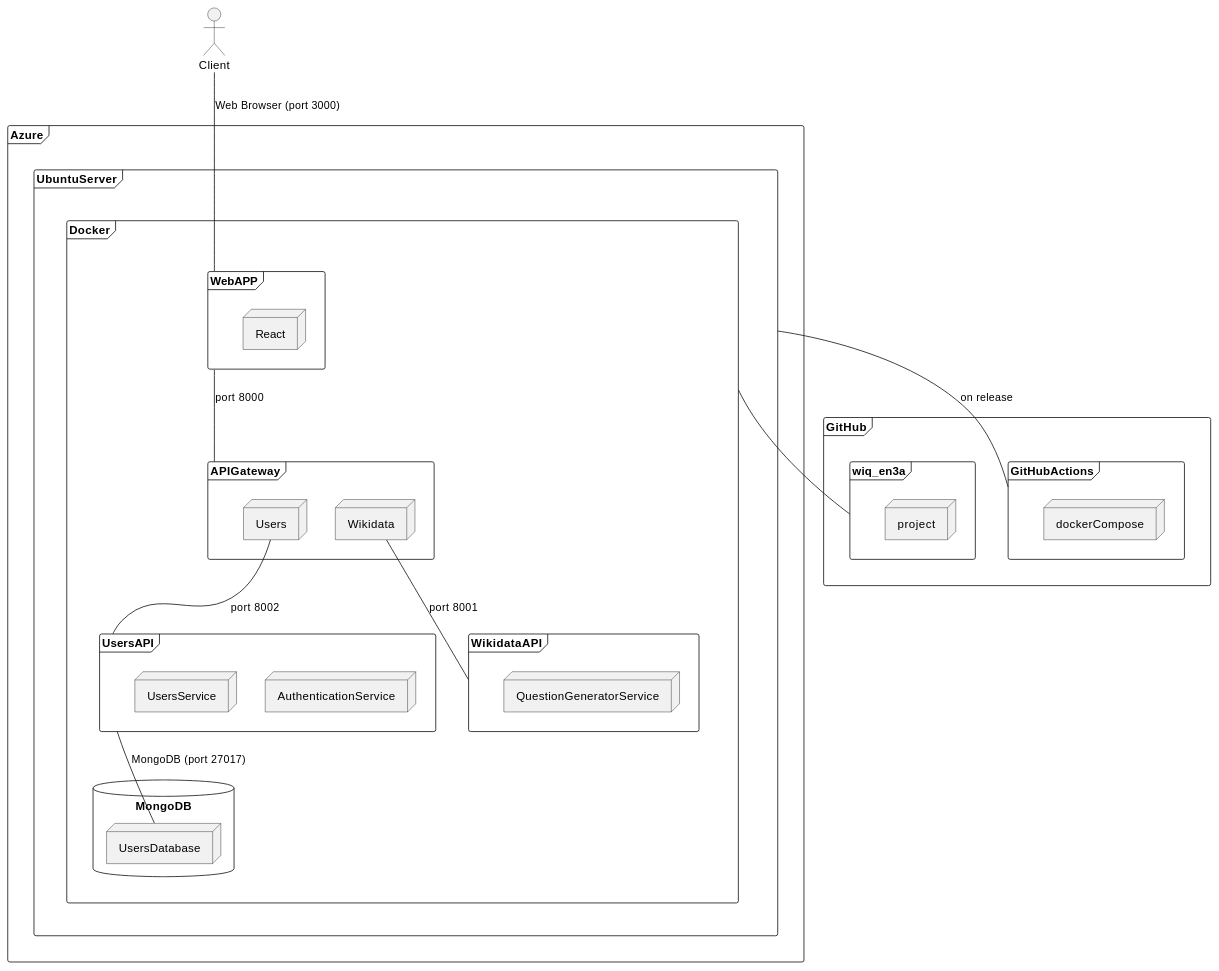
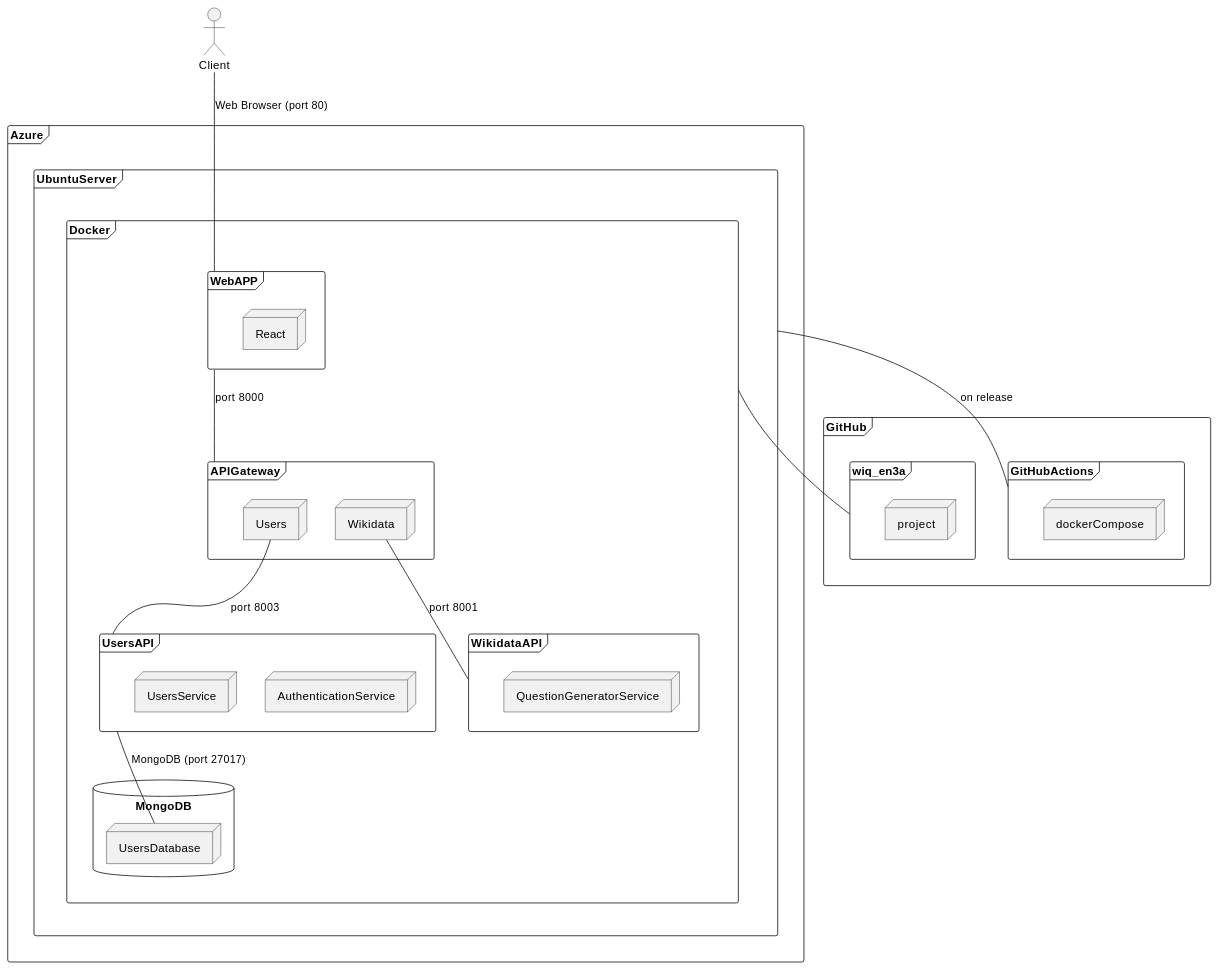
Before and after one commit to UO289930/wiq_en3a: the diagram in docs/src/07_deployment_view.adoc, drawn with PlantUML. The commit also changed other lines of this file and 1 other file, not shown here.

```diff
--- a/docs/src/07_deployment_view.adoc
+++ b/docs/src/07_deployment_view.adoc
@@ -98,57 +98,57 @@
 [plantuml, target=deployment-diagram, format=png]
 ....
 actor client as "Client"
 frame Azure {
     frame UbuntuServer {
         frame Docker {
 
 
             frame WebAPP {
                 node React
             }
 
             frame APIGateway {
                 node Users
 
                 node Wikidata
             }
 
             database MongoDB {
                 node UsersDatabase
             }
 
             frame UsersAPI {
                 node AuthenticationService
 
                 node UsersService
             }
 
             frame WikidataAPI {
                 node QuestionGeneratorService
             }
         }
     }
 }
 
 frame GitHub{
 
         frame GitHubActions{
             node dockerCompose
         }
 
         frame wiq_en3a{
             node project
         }
 
     }
 
 
 WebAPP -- APIGateway : port 8000
 Wikidata -- WikidataAPI: port 8001
-Users -- UsersAPI : port 8002
+Users -- UsersAPI : port 8003
 UsersAPI -- UsersDatabase : MongoDB (port 27017)
-client -- WebAPP : Web Browser (port 3000)
+client -- WebAPP : Web Browser (port 80)
 
 GitHubActions -- UbuntuServer : on release
 Docker -- wiq_en3a
 ....
```
